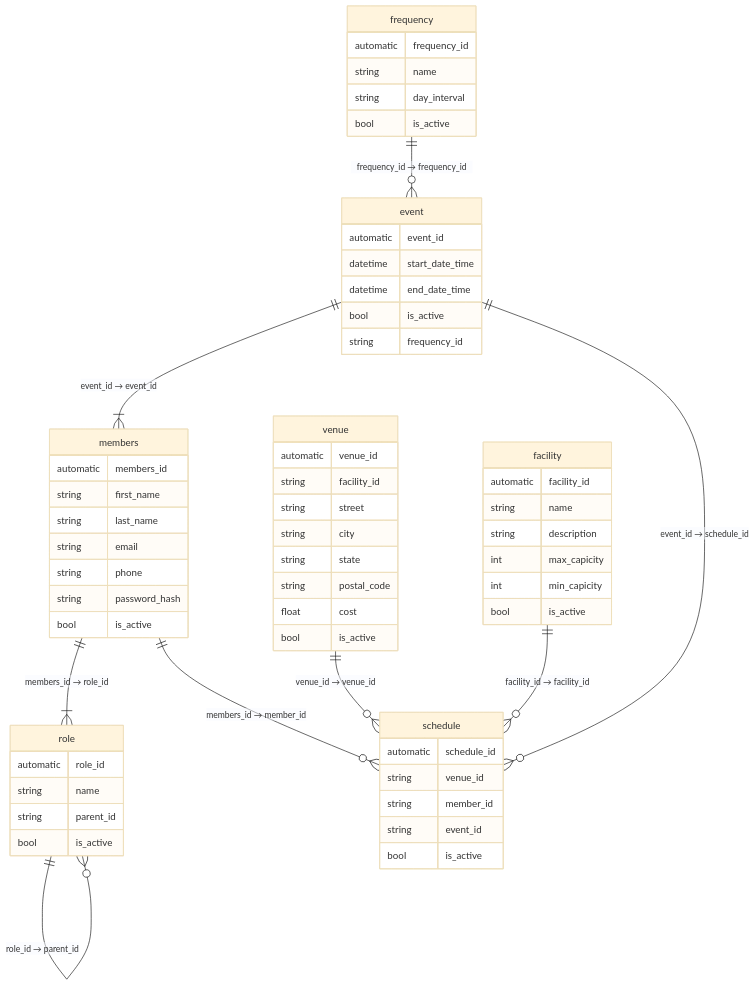
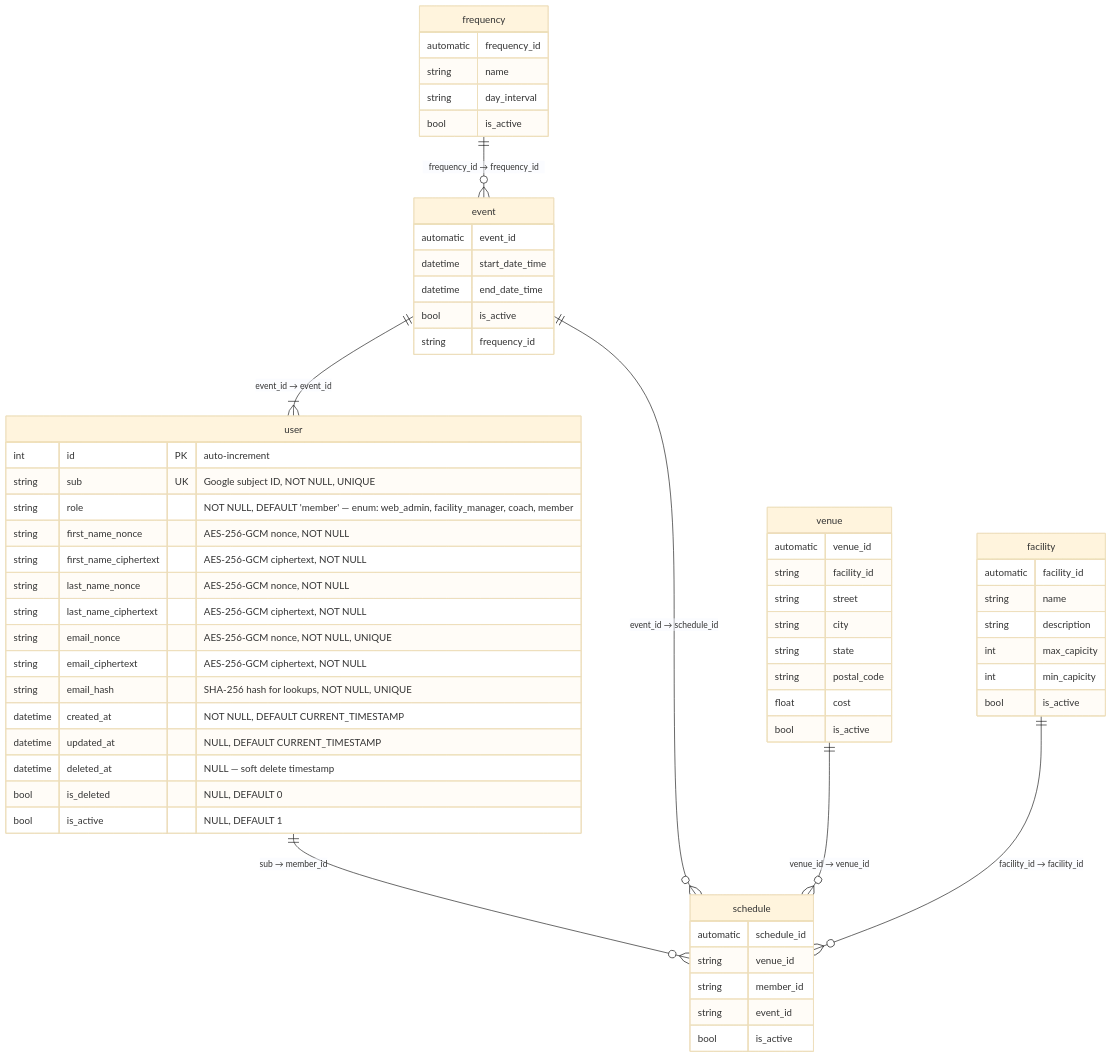
The diagram in docs/erd.mmd (pbaletkeman/swimlane), drawn with Mermaid (base theme) before and after one commit. The commit also changed 48 other files, not shown here.

```diff
--- a/docs/erd.mmd
+++ b/docs/erd.mmd
@@ -1,63 +1,68 @@
 erDiagram
+    %% Implemented entities (exist in codebase)
+    user ||--o{ schedule : "sub → member_id"
+
+    %% Planned entities (not yet implemented — design roadmap)
     frequency ||--o{ event : "frequency_id → frequency_id"
-    event ||--|{ members : "event_id → event_id"
-    members ||--|{ role : "members_id → role_id"
+    event ||--|{ user : "event_id → event_id"
     event ||--o{ schedule : "event_id → schedule_id"
-    members ||--o{ schedule : "members_id → member_id"
     venue ||--o{ schedule : "venue_id → venue_id"
     facility ||--o{ schedule : "facility_id → facility_id"
-    role ||--o{ role : "role_id → parent_id"
 
-    role {
-        automatic role_id
-        string name
-        string parent_id
-        bool is_active
+
+    user {
+        int id PK "auto-increment"
+        string sub UK "Google subject ID, NOT NULL, UNIQUE"
+        string role "NOT NULL, DEFAULT 'member' — enum: web_admin, facility_manager, coach, member"
+        string first_name_nonce "AES-256-GCM nonce, NOT NULL"
+        string first_name_ciphertext "AES-256-GCM ciphertext, NOT NULL"
+        string last_name_nonce "AES-256-GCM nonce, NOT NULL"
+        string last_name_ciphertext "AES-256-GCM ciphertext, NOT NULL"
+        string email_nonce "AES-256-GCM nonce, NOT NULL, UNIQUE"
+        string email_ciphertext "AES-256-GCM ciphertext, NOT NULL"
+        string email_hash "SHA-256 hash for lookups, NOT NULL, UNIQUE"
+        datetime created_at "NOT NULL, DEFAULT CURRENT_TIMESTAMP"
+        datetime updated_at "NULL, DEFAULT CURRENT_TIMESTAMP"
+        datetime deleted_at "NULL — soft delete timestamp"
+        bool is_deleted "NULL, DEFAULT 0"
+        bool is_active "NULL, DEFAULT 1"
     }
+
     frequency {
         automatic frequency_id
         string name
         string day_interval
         bool is_active
     }
     event {
         automatic event_id
         datetime start_date_time
         datetime end_date_time
         bool is_active
         string frequency_id
-    }
-    members {
-        automatic members_id
-        string first_name
-        string last_name
-        string email
-        string phone
-        string password_hash
-        bool is_active
     }
     venue {
         automatic venue_id
         string facility_id
         string street
         string city
         string state
         string postal_code
         float cost
         bool is_active
     }
     facility {
         automatic facility_id
         string name
         string description
         int max_capicity
         int min_capicity
         bool is_active
     }
     schedule {
         automatic schedule_id
         string venue_id
         string member_id
         string event_id
         bool is_active
     }
```
